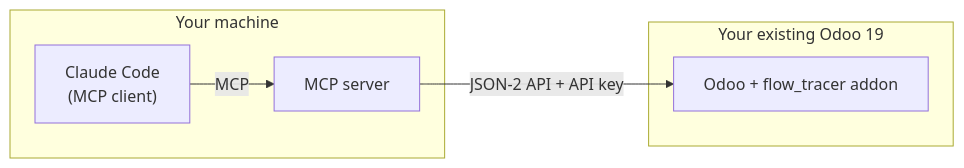
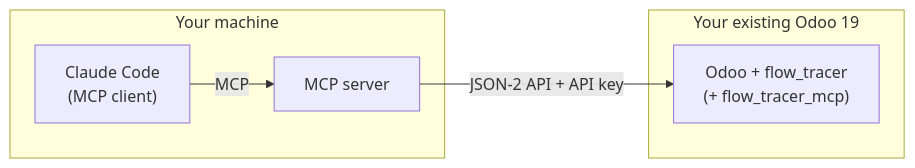
One commit to jason-wilmanowski/flowdoo changed the fourth of 4 diagrams in README.md. Above: the diagram before and after it, drawn with Mermaid. The commit also changed other lines of this file, not shown here.

Commit message:
docs: mark Flowdoo as finished and list its known limits

````diff
--- a/README.md
+++ b/README.md
@@ -347,12 +361,12 @@
 ```mermaid
 flowchart LR
     subgraph terminal["Your machine"]
         CC["Claude Code<br/>(MCP client)"]
         MCP["MCP server"]
     end
     subgraph yours["Your existing Odoo 19"]
-        ODOO["Odoo + flow_tracer addon"]
+        ODOO["Odoo + flow_tracer<br/>(+ flow_tracer_mcp)"]
     end
     CC -- "MCP" --> MCP
     MCP -- "JSON-2 API + API key" --> ODOO
 ```
````
